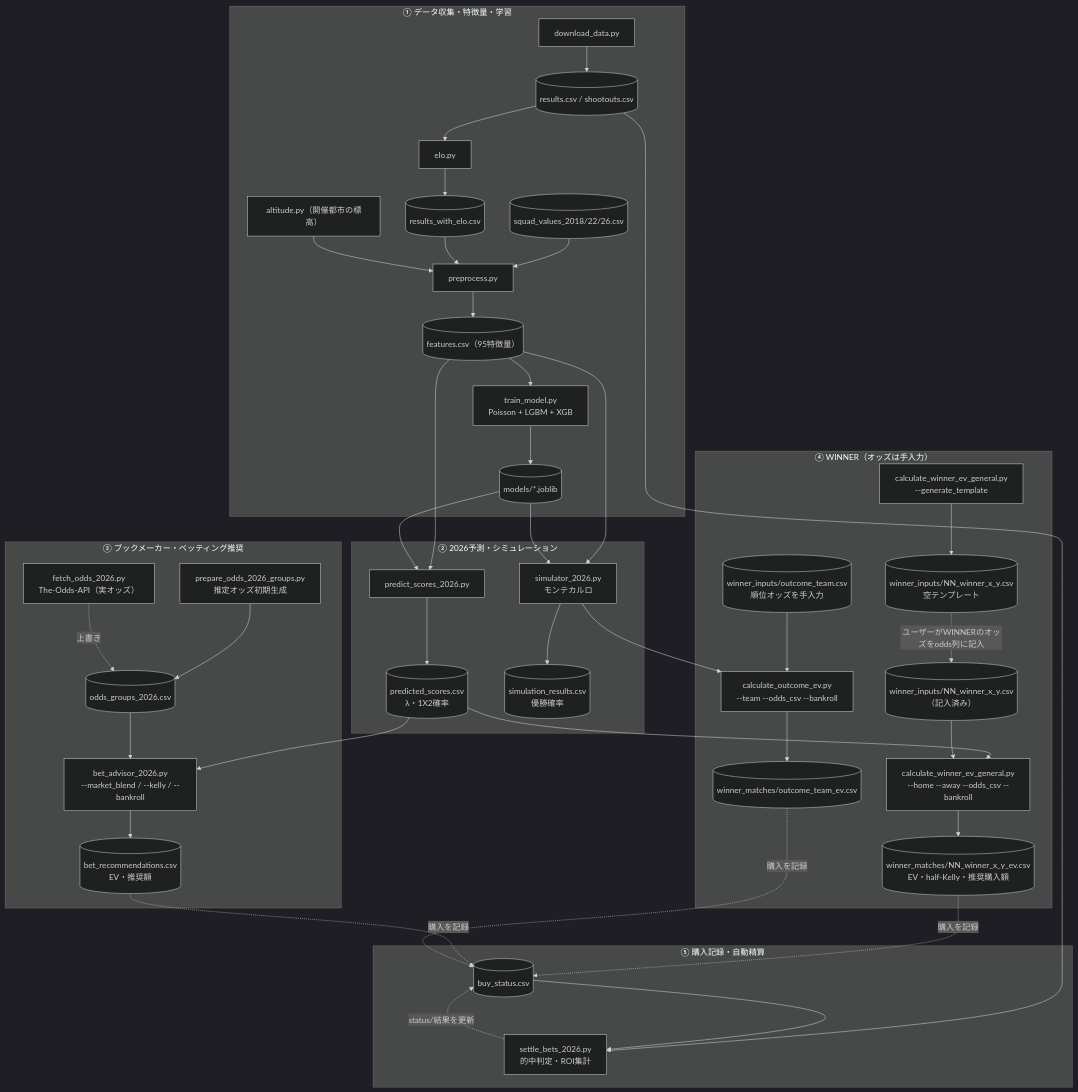
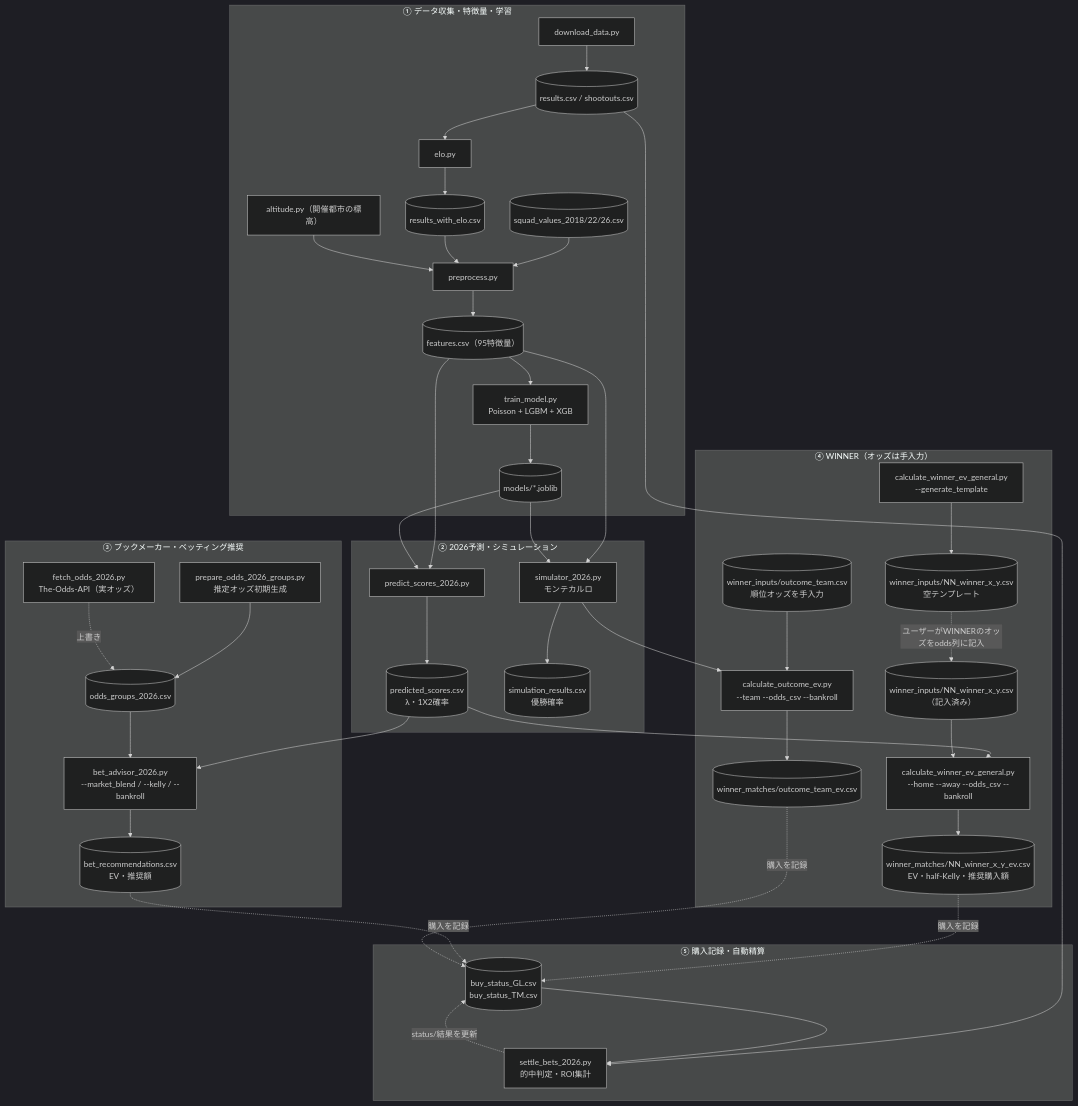
The second of 2 diagrams in README.md (take4ff/wcup_winner), drawn with Mermaid (dark theme) before and after one commit. The commit also changed other lines of this file, not shown here.

````diff
--- a/README.md
+++ b/README.md
@@ -249,50 +250,50 @@
 ```mermaid
 flowchart TD
     subgraph S1["① データ収集・特徴量・学習"]
         DL["download_data.py"] --> RES[("results.csv / shootouts.csv")]
         RES --> ELO["elo.py"] --> RWE[("results_with_elo.csv")]
         SQ[("squad_values_2018/22/26.csv")] --> PRE["preprocess.py"]
         RWE --> PRE
         ALT["altitude.py（開催都市の標高）"] --> PRE
         PRE --> FEAT[("features.csv（95特徴量）")]
         FEAT --> TRAIN["train_model.py<br/>Poisson + LGBM + XGB"]
         TRAIN --> MODELS[("models/*.joblib")]
     end
 
     subgraph S2["② 2026予測・シミュレーション"]
         FEAT --> PS["predict_scores_2026.py"]
         MODELS --> PS
         PS --> PSCORES[("predicted_scores.csv<br/>λ・1X2確率")]
         FEAT --> SIM["simulator_2026.py<br/>モンテカルロ"]
         MODELS --> SIM
         SIM --> SIMRES[("simulation_results.csv<br/>優勝確率")]
     end
 
     subgraph S3["③ ブックメーカー・ベッティング推奨"]
         PREPO["prepare_odds_2026_groups.py<br/>推定オッズ初期生成"] --> OG[("odds_groups_2026.csv")]
         FETCH["fetch_odds_2026.py<br/>The-Odds-API（実オッズ）"] -. 上書き .-> OG
         PSCORES --> ADV["bet_advisor_2026.py<br/>--market_blend / --kelly / --bankroll"]
         OG --> ADV
         ADV --> BETREC[("bet_recommendations.csv<br/>EV・推奨額")]
     end
 
     subgraph S4["④ WINNER（オッズは手入力）"]
         GEN["calculate_winner_ev_general.py<br/>--generate_template"] --> TMPL[("winner_inputs/NN_winner_x_y.csv<br/>空テンプレート")]
         TMPL -. ユーザーがWINNERのオッズをodds列に記入 .-> WIN[("winner_inputs/NN_winner_x_y.csv<br/>（記入済み）")]
         PSCORES --> WEV["calculate_winner_ev_general.py<br/>--home --away --odds_csv --bankroll"]
         WIN --> WEV
         WEV --> WEVOUT[("winner_matches/NN_winner_x_y_ev.csv<br/>EV・half-Kelly・推奨購入額")]
         OUTIN[("winner_inputs/outcome_team.csv<br/>順位オッズを手入力")] --> OEV["calculate_outcome_ev.py<br/>--team --odds_csv --bankroll"]
         SIM --> OEV
         OEV --> OEVOUT[("winner_matches/outcome_team_ev.csv")]
     end
 
     subgraph S5["⑤ 購入記録・自動精算"]
-        WEVOUT -. 購入を記録 .-> BUY[("buy_status.csv")]
+        WEVOUT -. 購入を記録 .-> BUY[("buy_status_GL.csv<br/>buy_status_TM.csv")]
         BETREC -. 購入を記録 .-> BUY
         OEVOUT -. 購入を記録 .-> BUY
         RES --> SETTLE["settle_bets_2026.py<br/>的中判定・ROI集計"]
         BUY --> SETTLE
         SETTLE -. status/結果を更新 .-> BUY
     end
 ```
````
